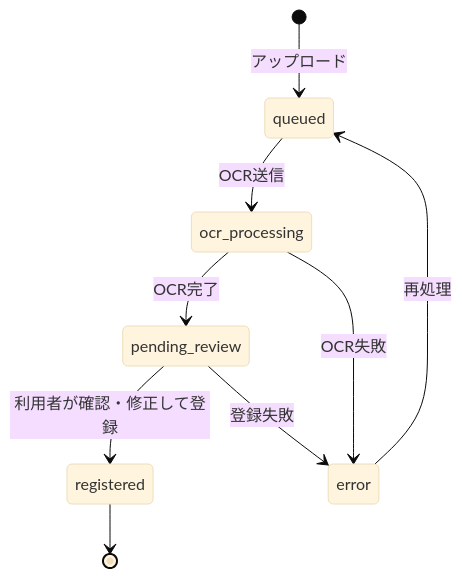
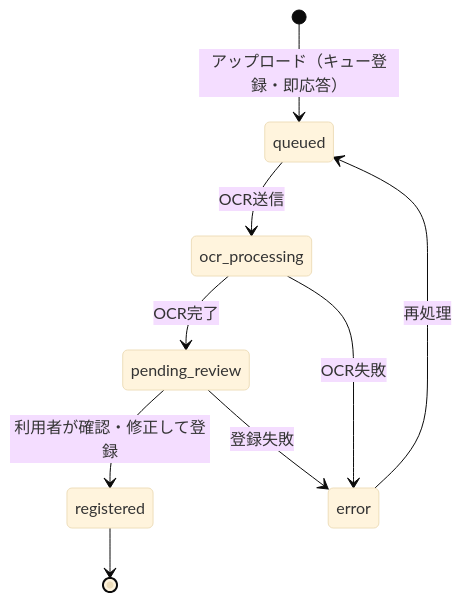
One commit to onokei1129/generative-ai-for-beginners changed the second of 2 diagrams in business-card-system/data-model-v0.3.md. Above: the diagram before and after it, drawn with Mermaid (base theme). The commit also changed other lines of this file and 27 other files, not shown here.

````diff
--- a/business-card-system/data-model-v0.3.md
+++ b/business-card-system/data-model-v0.3.md
@@ -256,11 +284,11 @@
 ```mermaid
 stateDiagram-v2
-    [*] --> queued: アップロード
+    [*] --> queued: アップロード（キュー登録・即応答）
     queued --> ocr_processing: OCR送信
     ocr_processing --> pending_review: OCR完了
     ocr_processing --> error: OCR失敗
     pending_review --> registered: 利用者が確認・修正して登録
     pending_review --> error: 登録失敗
     error --> queued: 再処理
     registered --> [*]
 ```
````
